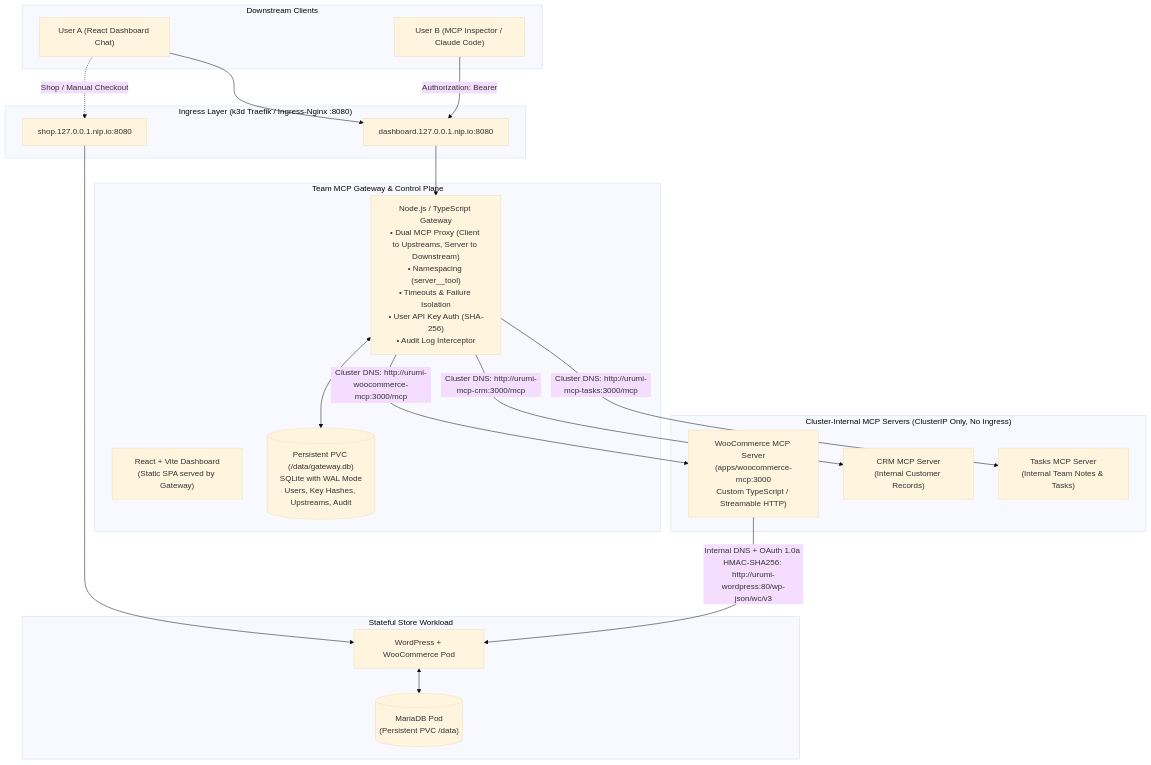
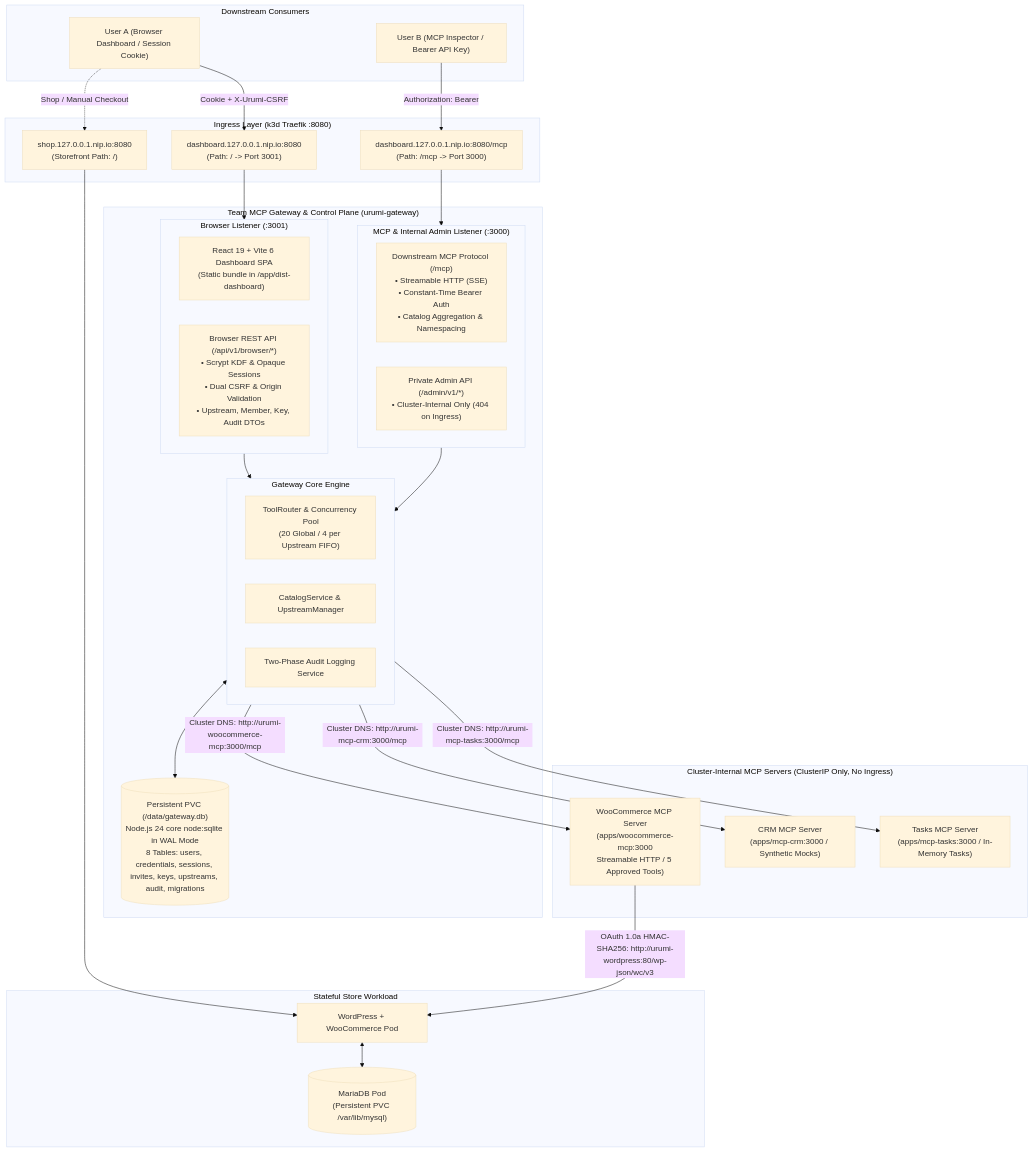
One commit to AdityaDRathore/MCP-Gateway-Kubernetes-Wcom changed the diagram in docs/architecture.md. Above: the diagram before and after it, drawn with Mermaid (base theme). The commit also changed other lines of this file and 14 other files, not shown here.

````diff
--- a/docs/architecture.md
+++ b/docs/architecture.md
@@ -9,44 +9,61 @@
 ```mermaid
 flowchart TD
-    subgraph Clients ["Downstream Clients"]
-        UserA["User A (React Dashboard Chat)"]
-        UserB["User B (MCP Inspector / Claude Code)"]
+    subgraph Clients ["Downstream Consumers"]
+        UserA["User A (Browser Dashboard / Session Cookie)"]
+        UserB["User B (MCP Inspector / Bearer API Key)"]
     end
 
-    subgraph Ingress ["Ingress Layer (k3d Traefik / Ingress-Nginx :8080)"]
-        IngressShop["shop.127.0.0.1.nip.io:8080"]
-        IngressApp["dashboard.127.0.0.1.nip.io:8080"]
+    subgraph Ingress ["Ingress Layer (k3d Traefik :8080)"]
+        IngressShop["shop.127.0.0.1.nip.io:8080<br/>(Storefront Path: /)"]
+        IngressDashboard["dashboard.127.0.0.1.nip.io:8080<br/>(Path: / -> Port 3001)"]
+        IngressMcp["dashboard.127.0.0.1.nip.io:8080/mcp<br/>(Path: /mcp -> Port 3000)"]
     end
 
-    subgraph CorePlatform ["Team MCP Gateway & Control Plane"]
-        DashboardUI["React + Vite Dashboard<br/>(Static SPA served by Gateway)"]
-        GatewayBackend["Node.js / TypeScript Gateway<br/>• Dual MCP Proxy (Client to Upstreams, Server to Downstream)<br/>• Namespacing (server__tool)<br/>• Timeouts & Failure Isolation<br/>• User API Key Auth (SHA-256)<br/>• Audit Log Interceptor"]
-        GatewayStorage[("Persistent PVC (/data/gateway.db)<br/>SQLite with WAL Mode<br/>Users, Key Hashes, Upstreams, Audit")]
+    subgraph CorePlatform ["Team MCP Gateway & Control Plane (urumi-gateway)"]
+        subgraph Port3001 ["Browser Listener (:3001)"]
+            DashboardUI["React 19 + Vite 6 Dashboard SPA<br/>(Static bundle in /app/dist-dashboard)"]
+            BrowserAPI["Browser REST API (/api/v1/browser/*)<br/>• Scrypt KDF & Opaque Sessions<br/>• Dual CSRF & Origin Validation<br/>• Upstream, Member, Key, Audit DTOs"]
+        end
+        subgraph Port3000 ["MCP & Internal Admin Listener (:3000)"]
+            McpEndpoint["Downstream MCP Protocol (/mcp)<br/>• Streamable HTTP (SSE)<br/>• Constant-Time Bearer Auth<br/>• Catalog Aggregation & Namespacing"]
+            PrivateAdmin["Private Admin API (/admin/v1/*)<br/>• Cluster-Internal Only (404 on Ingress)"]
+        end
+        subgraph GatewayEngine ["Gateway Core Engine"]
+            ToolRouter["ToolRouter & Concurrency Pool<br/>(20 Global / 4 per Upstream FIFO)"]
+            CatalogService["CatalogService & UpstreamManager"]
+            AuditInterceptor["Two-Phase Audit Logging Service"]
+        end
+        GatewayStorage[("Persistent PVC (/data/gateway.db)<br/>Node.js 24 core node:sqlite in WAL Mode<br/>8 Tables: users, credentials, sessions, invites, keys, upstreams, audit, migrations")]
     end
 
     subgraph InternalUpstreams ["Cluster-Internal MCP Servers (ClusterIP Only, No Ingress)"]
-        WooMCP["WooCommerce MCP Server<br/>(apps/woocommerce-mcp:3000<br/>Custom TypeScript / Streamable HTTP)"]
-        CRMMCP["CRM MCP Server<br/>(Internal Customer Records)"]
-        TasksMCP["Tasks MCP Server<br/>(Internal Team Notes & Tasks)"]
+        WooMCP["WooCommerce MCP Server<br/>(apps/woocommerce-mcp:3000<br/>Streamable HTTP / 5 Approved Tools)"]
+        CRMMCP["CRM MCP Server<br/>(apps/mcp-crm:3000 / Synthetic Mocks)"]
+        TasksMCP["Tasks MCP Server<br/>(apps/mcp-tasks:3000 / In-Memory Tasks)"]
     end
 
     subgraph StoreLayer ["Stateful Store Workload"]
         WordPress["WordPress + WooCommerce Pod"]
-        MariaDB[("MariaDB Pod<br/>(Persistent PVC /data)")]
+        MariaDB[("MariaDB Pod<br/>(Persistent PVC /var/lib/mysql)")]
     end
 
-    UserA --> IngressApp
-    UserB -->|Authorization: Bearer <key>| IngressApp
+    UserA -->|Cookie + X-Urumi-CSRF| IngressDashboard
+    UserB -->|Authorization: Bearer <key>| IngressMcp
     UserA -.->|Shop / Manual Checkout| IngressShop
 
     IngressShop --> WordPress
     WordPress <--> MariaDB
 
-    IngressApp --> GatewayBackend
-    GatewayBackend <--> GatewayStorage
-    GatewayBackend -->|Cluster DNS: http://urumi-woocommerce-mcp:3000/mcp| WooMCP
-    GatewayBackend -->|Cluster DNS: http://urumi-mcp-crm:3000/mcp| CRMMCP
-    GatewayBackend -->|Cluster DNS: http://urumi-mcp-tasks:3000/mcp| TasksMCP
+    IngressDashboard --> Port3001
+    IngressMcp --> Port3000
 
-    WooMCP -->|Internal DNS + OAuth 1.0a HMAC-SHA256: http://urumi-wordpress:80/wp-json/wc/v3| WordPress
+    Port3001 --> GatewayEngine
+    Port3000 --> GatewayEngine
+    GatewayEngine <--> GatewayStorage
+
+    GatewayEngine -->|Cluster DNS: http://urumi-woocommerce-mcp:3000/mcp| WooMCP
+    GatewayEngine -->|Cluster DNS: http://urumi-mcp-crm:3000/mcp| CRMMCP
+    GatewayEngine -->|Cluster DNS: http://urumi-mcp-tasks:3000/mcp| TasksMCP
+
+    WooMCP -->|OAuth 1.0a HMAC-SHA256: http://urumi-wordpress:80/wp-json/wc/v3| WordPress
 ```
````
